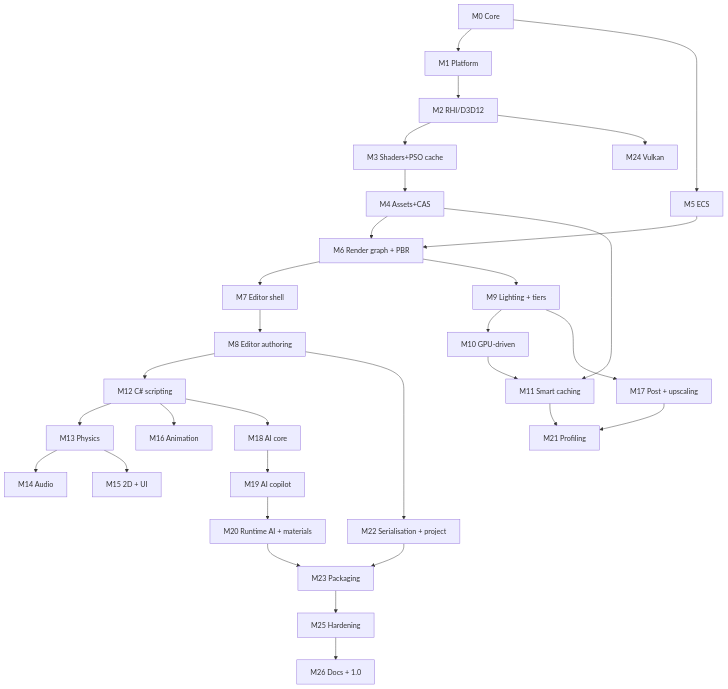
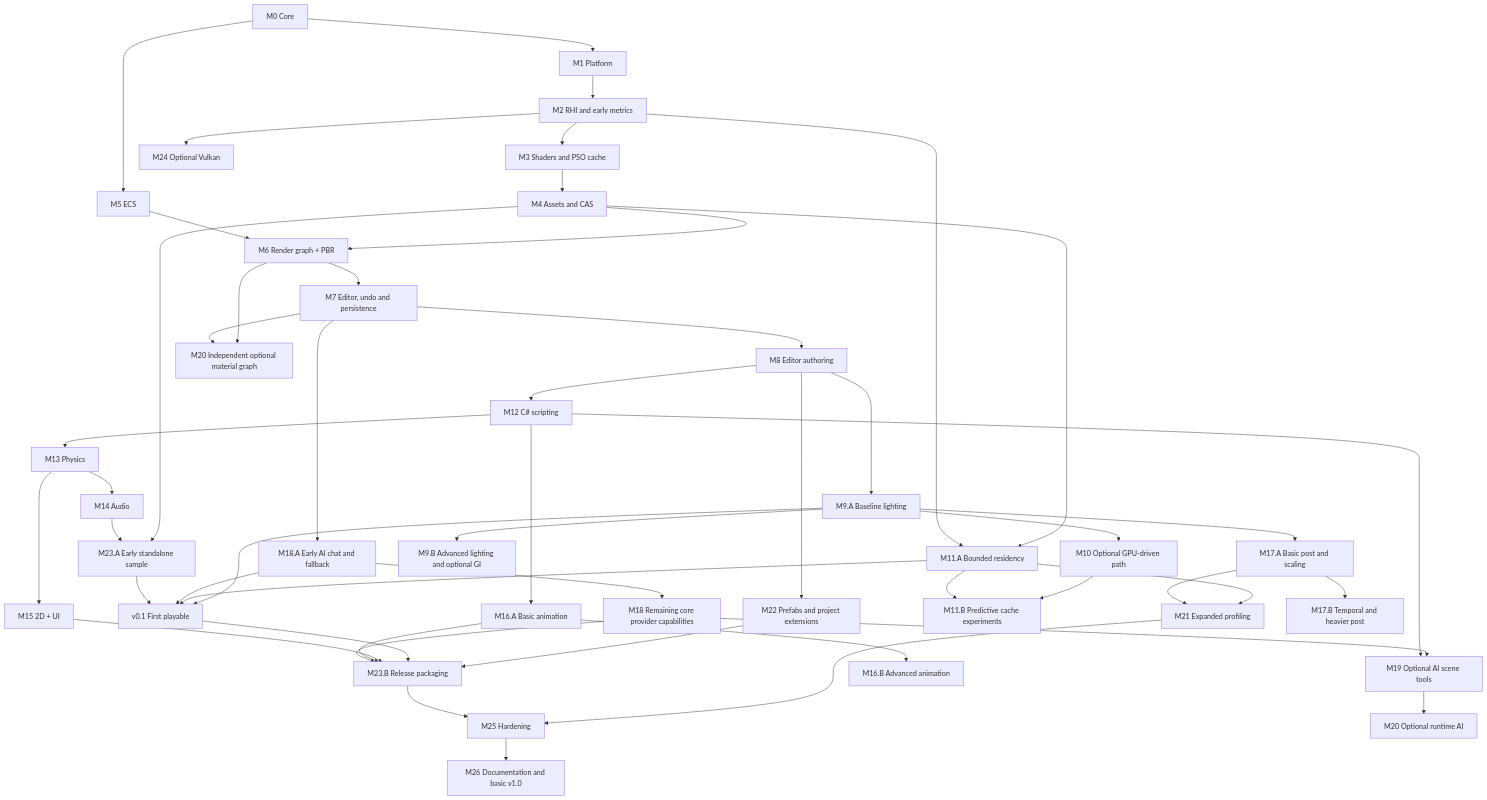
One commit to ShubhamBrody/VelosGameEngine changed the diagram in docs/MILESTONES.md. Above: the diagram before and after it, drawn with Mermaid. The commit also changed other lines of this file and 5 other files, not shown here.

First line of the commit message:
docs(plan): refine engine scope, architecture and milestone gates

````diff
--- a/docs/MILESTONES.md
+++ b/docs/MILESTONES.md
@@ -664,23 +810,52 @@
 ```mermaid
 graph TD
-  M0[M0 Core] --> M1[M1 Platform] --> M2[M2 RHI/D3D12] --> M3[M3 Shaders+PSO cache]
-  M3 --> M4[M4 Assets+CAS]
+  M0[M0 Core] --> M1[M1 Platform]
+  M1 --> M2[M2 RHI and early metrics]
+  M2 --> M3[M3 Shaders and PSO cache]
+  M3 --> M4[M4 Assets and CAS]
   M0 --> M5[M5 ECS]
   M4 --> M6[M6 Render graph + PBR]
   M5 --> M6
-  M6 --> M7[M7 Editor shell] --> M8[M8 Editor authoring]
-  M6 --> M9[M9 Lighting + tiers] --> M10[M10 GPU-driven]
-  M4 --> M11[M11 Smart caching]
-  M10 --> M11
-  M8 --> M12[M12 C# scripting] --> M13[M13 Physics] --> M14[M14 Audio]
+  M6 --> M7[M7 Editor, undo and persistence]
+  M7 --> M8[M8 Editor authoring]
+  M8 --> M9A[M9.A Baseline lighting]
+  M4 --> M11A[M11.A Bounded residency]
+  M2 --> M11A
+  M8 --> M12[M12 C# scripting]
+  M12 --> M13[M13 Physics]
+  M13 --> M14[M14 Audio]
+  M7 --> M18A[M18.A Early AI chat and fallback]
+  M4 --> M23A[M23.A Early standalone sample]
+  M14 --> M23A
+  M9A --> FIRST[v0.1 First playable]
+  M11A --> FIRST
+  M18A --> FIRST
+  M23A --> FIRST
   M13 --> M15[M15 2D + UI]
-  M12 --> M16[M16 Animation]
-  M9 --> M17[M17 Post + upscaling]
-  M12 --> M18[M18 AI core] --> M19[M19 AI copilot] --> M20[M20 Runtime AI + materials]
-  M17 --> M21[M21 Profiling]
-  M11 --> M21
-  M8 --> M22[M22 Serialisation + project] --> M23[M23 Packaging]
-  M20 --> M23
-  M2 --> M24[M24 Vulkan]
-  M23 --> M25[M25 Hardening] --> M26[M26 Docs + 1.0]
+  M12 --> M16A[M16.A Basic animation]
+  M9A --> M17A[M17.A Basic post and scaling]
+  M11A --> M21[M21 Expanded profiling]
+  M17A --> M21
+  M8 --> M22[M22 Prefabs and project extensions]
+  M22 --> M23B[M23.B Release packaging]
+  FIRST --> M23B
+  M15 --> M23B
+  M16A --> M23B
+  M21 --> M25[M25 Hardening]
+  M23B --> M25
+  M25 --> M26[M26 Documentation and basic v1.0]
+  M9A --> M9B[M9.B Advanced lighting and optional GI]
+  M9A --> M10[M10 Optional GPU-driven path]
+  M10 --> M11B[M11.B Predictive cache experiments]
+  M11A --> M11B
+  M18A --> M18B[M18 Remaining core provider capabilities]
+  M18B --> M23B
+  M18B --> M19[M19 Optional AI scene tools]
+  M12 --> M19
+  M19 --> M20[M20 Optional runtime AI]
+  M6 --> MATERIAL[M20 Independent optional material graph]
+  M7 --> MATERIAL
+  M16A --> M16B[M16.B Advanced animation]
+  M17A --> M17B[M17.B Temporal and heavier post]
+  M2 --> M24[M24 Optional Vulkan]
 ```
````
